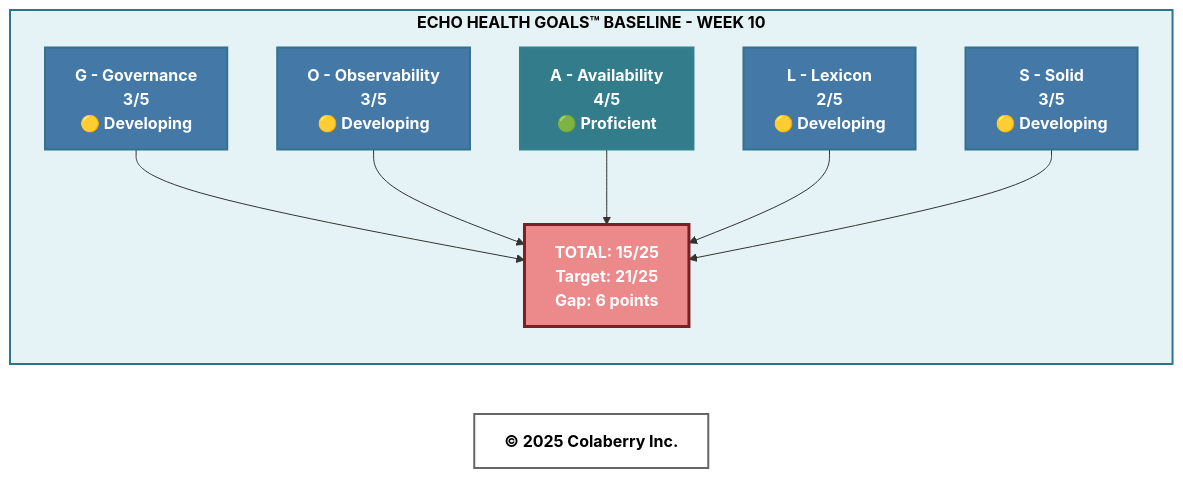
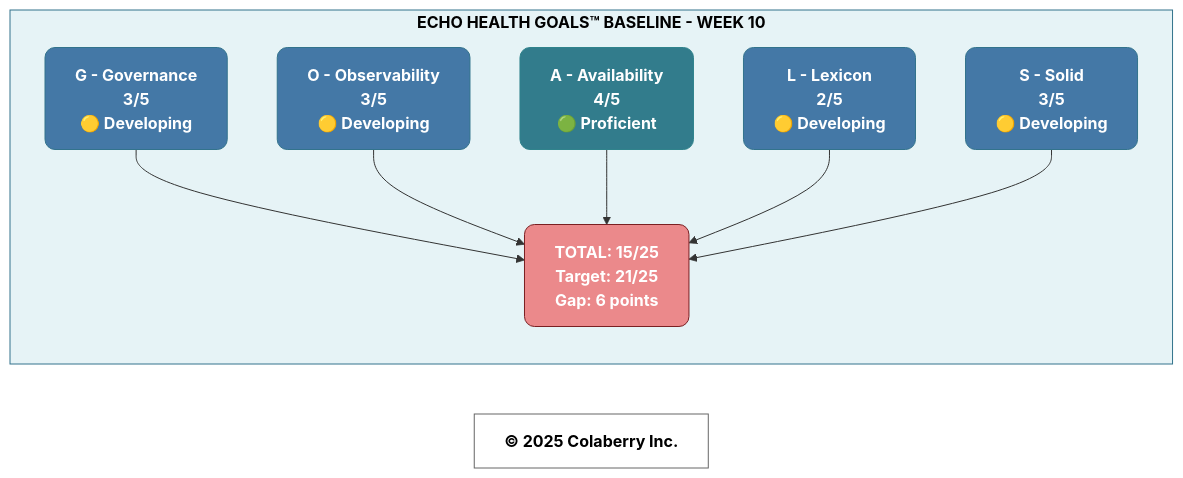
The second of 11 diagrams in manuscript/09_chapter_8_architecture_of_trust_in_action.md (colaberry/trust-before-intelligence-book), drawn with Mermaid before and after one commit. The commit also changed other lines of this file and 12 other files, not shown here.

````diff
--- a/manuscript/09_chapter_8_architecture_of_trust_in_action.md
+++ b/manuscript/09_chapter_8_architecture_of_trust_in_action.md
@@ -63,29 +63,29 @@
 ```mermaid
 graph LR
     subgraph BASELINE["<b>ECHO HEALTH GOALS™ BASELINE - WEEK 10</b>"]
         G["<b>G - Governance</b><br/><b>3/5</b><br/><b>🟡 Developing</b>"]
         O["<b>O - Observability</b><br/><b>3/5</b><br/><b>🟡 Developing</b>"]
         A["<b>A - Availability</b><br/><b>4/5</b><br/><b>🟢 Proficient</b>"]
         L["<b>L - Lexicon</b><br/><b>2/5</b><br/><b>🟡 Developing</b>"]
         S["<b>S - Solid</b><br/><b>3/5</b><br/><b>🟡 Developing</b>"]
         
         TOTAL["<b>TOTAL: 15/25</b><br/><b>Target: 21/25</b><br/><b>Gap: 6 points</b>"]
     end
     
     G --> TOTAL
     O --> TOTAL
     A --> TOTAL
     L --> TOTAL
     S --> TOTAL
     
-    style BASELINE fill:#E6F3F6,stroke:#32738C,stroke-width:2px,color:#000000
-    style G fill:#4478A6,stroke:#32738C,stroke-width:2px,color:#ffffff
-    style O fill:#4478A6,stroke:#32738C,stroke-width:2px,color:#ffffff
-    style A fill:#327C8C,stroke:#30838C,stroke-width:2px,color:#ffffff
-    style L fill:#4478A6,stroke:#32738C,stroke-width:2px,color:#ffffff
-    style S fill:#4478A6,stroke:#32738C,stroke-width:2px,color:#ffffff
-    style TOTAL fill:#EB898B,stroke:#7A1F22,stroke-width:3px,color:#ffffff
+    style BASELINE fill:#E6F3F6,stroke:#32738C,stroke-width:1px,color:#000000
+    style G fill:#4478A6,stroke:#32738C,stroke-width:1px,color:#ffffff,rx:10,ry:10
+    style O fill:#4478A6,stroke:#32738C,stroke-width:1px,color:#ffffff,rx:10,ry:10
+    style A fill:#327C8C,stroke:#30838C,stroke-width:1px,color:#ffffff,rx:10,ry:10
+    style L fill:#4478A6,stroke:#32738C,stroke-width:1px,color:#ffffff,rx:10,ry:10
+    style S fill:#4478A6,stroke:#32738C,stroke-width:1px,color:#ffffff,rx:10,ry:10
+    style TOTAL fill:#EB898B,stroke:#7A1F22,stroke-width:1px,color:#ffffff,rx:10,ry:10
     
     Copyright["<b>© 2025 Colaberry Inc.</b>"]
-    style Copyright fill:#ffffff,stroke:#666666,stroke-width:2px,color:#000000
+    style Copyright fill:none,stroke:#666666,stroke-width:1px,color:#000000
 ```
````
